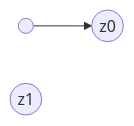
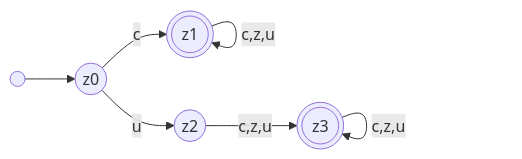
Before and after one commit to noluyorAbi/quartzDeployment: the second of 2 diagrams in content/4.Semester/Informatik/FSK/FSK-ÜB/ÜB 3/FSK-ÜB-3.md, drawn with Mermaid. The commit also changed other lines of this file and 2 other files, not shown here.

````diff
--- a/content/4.Semester/Informatik/FSK/FSK-ÜB/ÜB 3/FSK-ÜB-3.md
+++ b/content/4.Semester/Informatik/FSK/FSK-ÜB/ÜB 3/FSK-ÜB-3.md
@@ -52,5 +55,10 @@
 ```mermaid
 graph LR
-id-1(( )) --> id0((z0))
-id1((z1)) 
+id-1(( )) --> id0(((z0)))
+id0((z0)) --c--> id1(((z1)))
+id1(((z1))) --c,z,u--> id1(((z1)))
+
+id0((z0)) --u--> id2((z2))
+ id2((z2)) --c,z,u--> id3(((z3)))
+ id3(((z3))) --c,z,u--> id3(((z3)))
 ```
````
